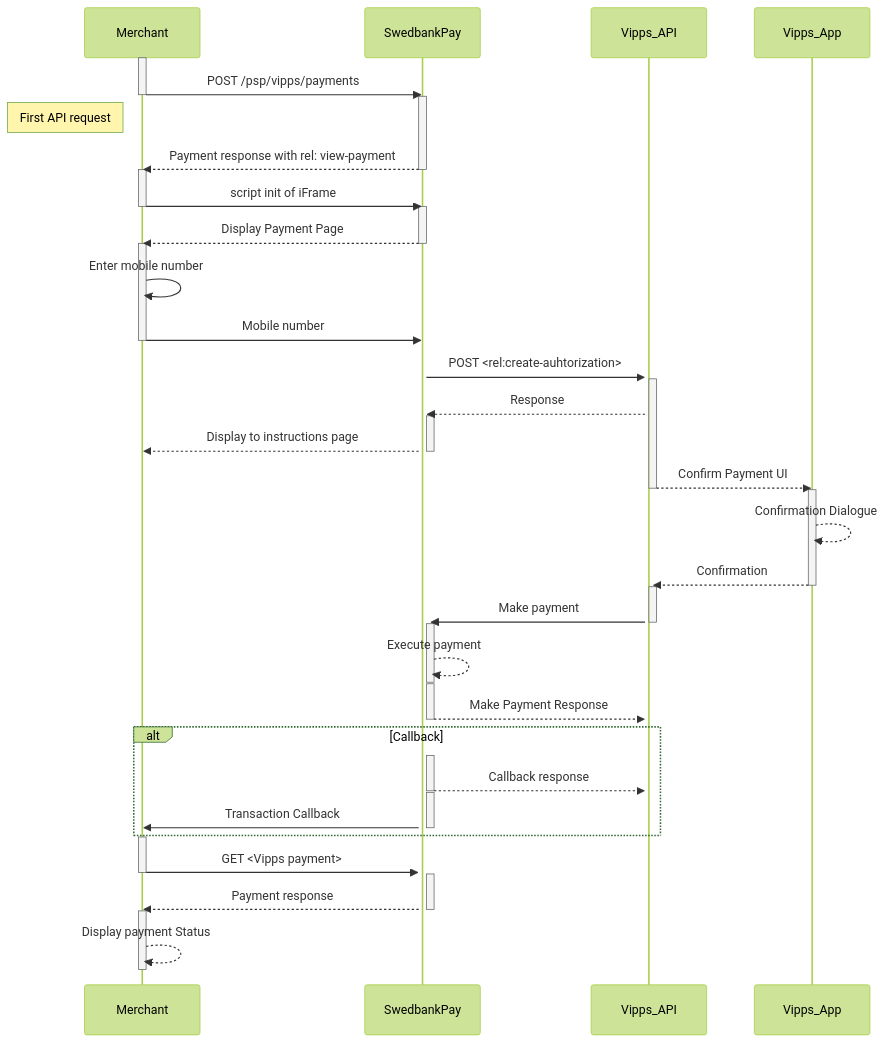
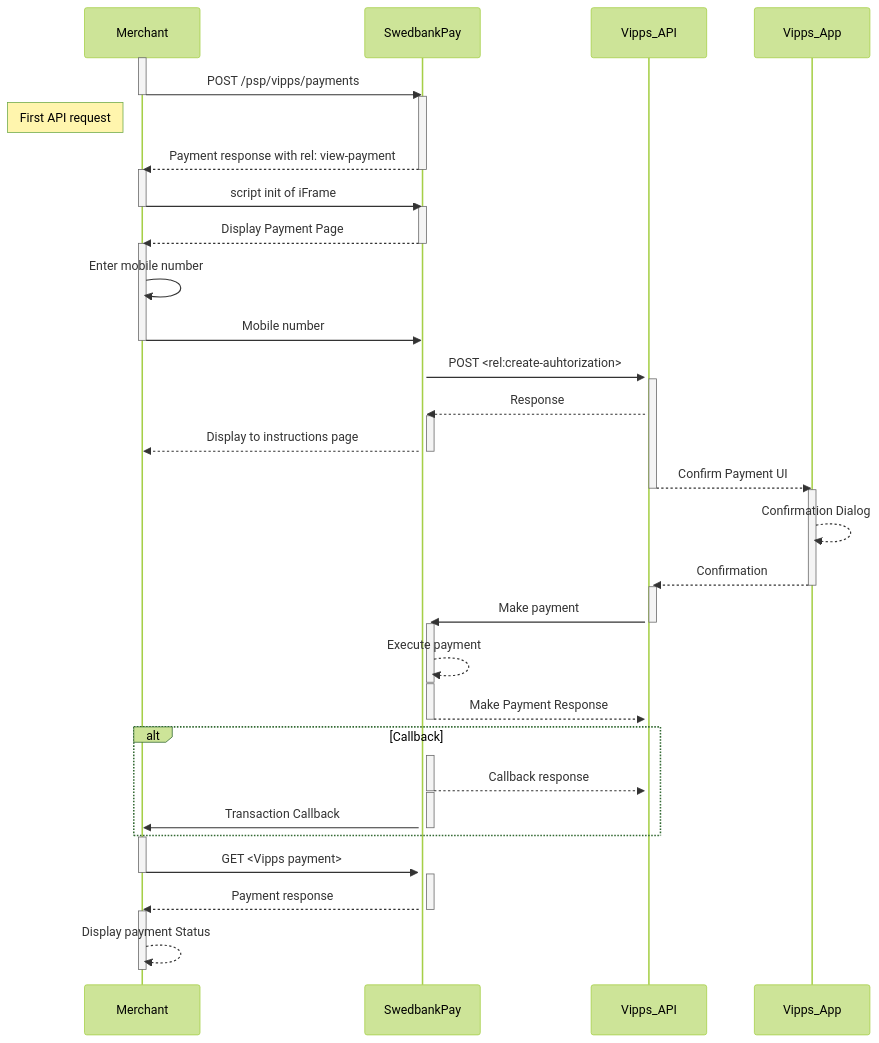
One commit to SwedbankPay/developer.swedbankpay.com changed the diagram in payment-instruments/vipps/seamless-view.md. Above: the diagram before and after it, drawn with Mermaid (forest theme). The commit also changed other lines of this file and 62 other files, not shown here.

````diff
--- a/payment-instruments/vipps/seamless-view.md
+++ b/payment-instruments/vipps/seamless-view.md
@@ -245,48 +245,48 @@
 ```mermaid
 sequenceDiagram
     activate Merchant
     Merchant->>-SwedbankPay: POST /psp/vipps/payments
     activate SwedbankPay
     note left of Merchant: First API request
     SwedbankPay-->>-Merchant: Payment response with rel: view-payment
     activate Merchant
     Merchant->>-SwedbankPay: script init of iFrame
     activate SwedbankPay
     SwedbankPay-->>-Merchant: Display Payment Page
     activate Merchant
     Merchant->>Merchant: Enter mobile number
     Merchant ->>- SwedbankPay: Mobile number
 
     activate SwedbankPay
     SwedbankPay->>+Vipps_API: POST <rel:create-auhtorization>
     activate Vipps_API
     Vipps_API-->>+SwedbankPay: Response
     activate SwedbankPay
     SwedbankPay-->>-Merchant: Display to instructions page
 
     Vipps_API-->>-Vipps_App: Confirm Payment UI
     activate Vipps_App
-    Vipps_App-->>Vipps_App: Confirmation Dialogue
+    Vipps_App-->>Vipps_App: Confirmation Dialog
     Vipps_App-->>-Vipps_API: Confirmation
 
     activate Vipps_API
     Vipps_API->>-SwedbankPay: Make payment
     activate SwedbankPay
     SwedbankPay-->>-SwedbankPay: Execute payment
     activate SwedbankPay
     SwedbankPay-->>-Vipps_API: Make Payment Response
 
         alt Callback
         activate SwedbankPay
         SwedbankPay-->>-Vipps_API: Callback response
         activate SwedbankPay
         SwedbankPay->>-Merchant: Transaction Callback
         end
 
     activate Merchant
     Merchant->>- SwedbankPay: GET <Vipps payment>
     activate  SwedbankPay
     SwedbankPay-->>-Merchant: Payment response
     activate Merchant
     Merchant-->>-Merchant: Display payment Status
 ```
````
